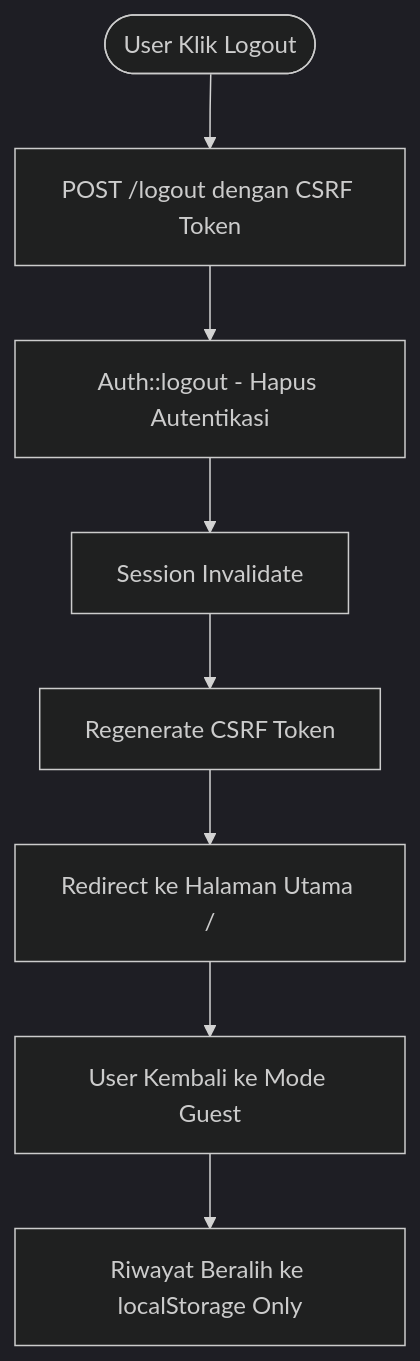
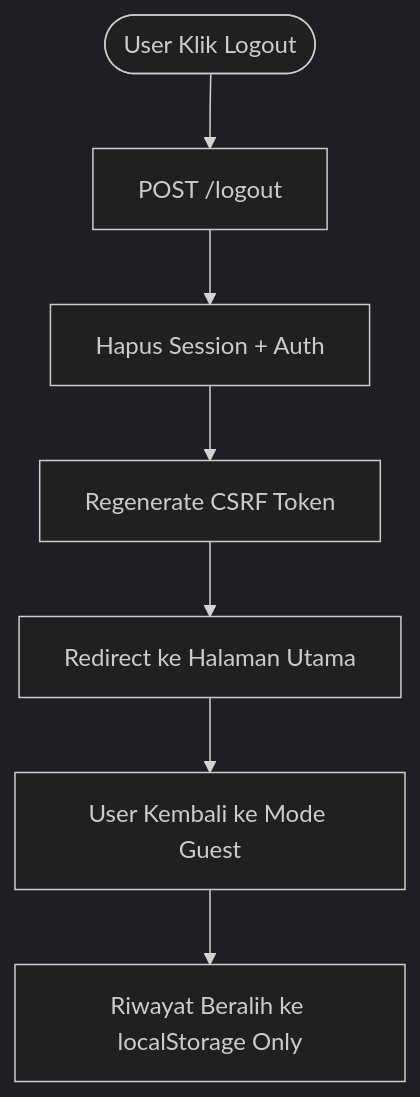
One commit to falcon-ioi/Caclcon changed the seventh of 15 diagrams in e-concalc-web/README.md. Above: the diagram before and after it, drawn with Mermaid (dark theme). The commit also changed other lines of this file, not shown here.

Commit message:
docs: simplify activity diagrams - 6 concise diagrams retaining core flows

````diff
--- a/e-concalc-web/README.md
+++ b/e-concalc-web/README.md
@@ -309,10 +242,9 @@
 ```mermaid
 flowchart TD
-    A([User Klik Logout]) --> B[POST /logout dengan CSRF Token]
-    B --> C[Auth::logout - Hapus Autentikasi]
-    C --> D[Session Invalidate]
-    D --> E[Regenerate CSRF Token]
-    E --> F[Redirect ke Halaman Utama /]
-    F --> G[User Kembali ke Mode Guest]
-    G --> H[Riwayat Beralih ke localStorage Only]
+    A([User Klik Logout]) --> B[POST /logout]
+    B --> C[Hapus Session + Auth]
+    C --> D[Regenerate CSRF Token]
+    D --> E[Redirect ke Halaman Utama]
+    E --> F[User Kembali ke Mode Guest]
+    F --> G[Riwayat Beralih ke localStorage Only]
 ```
````
